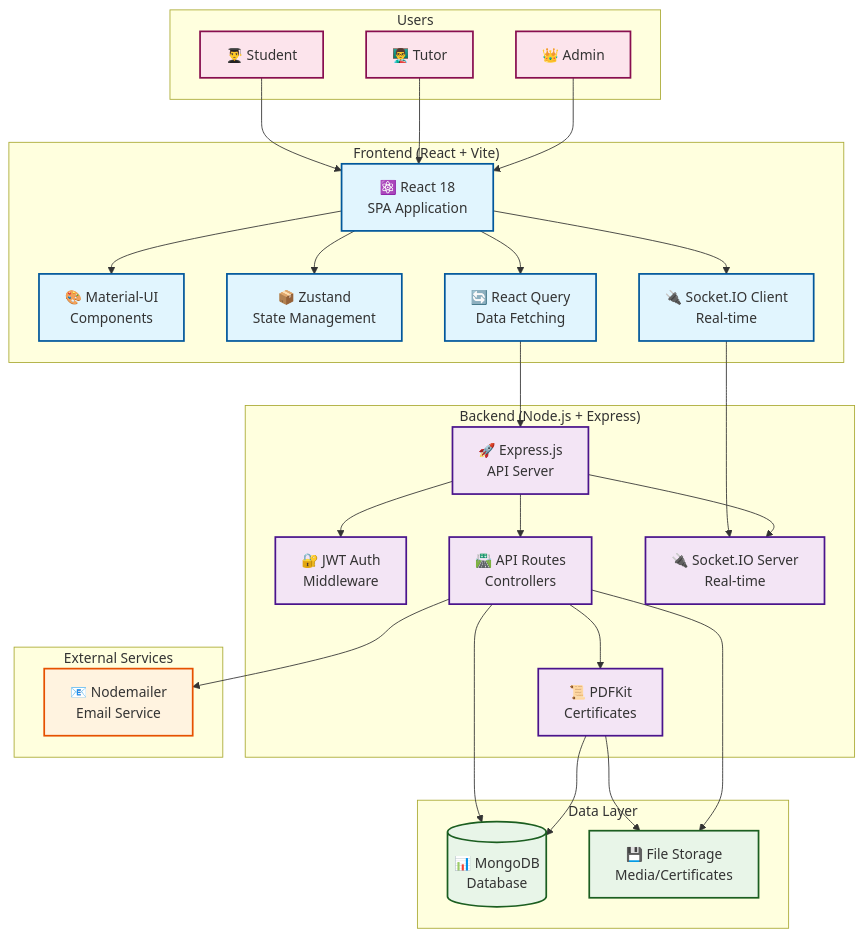
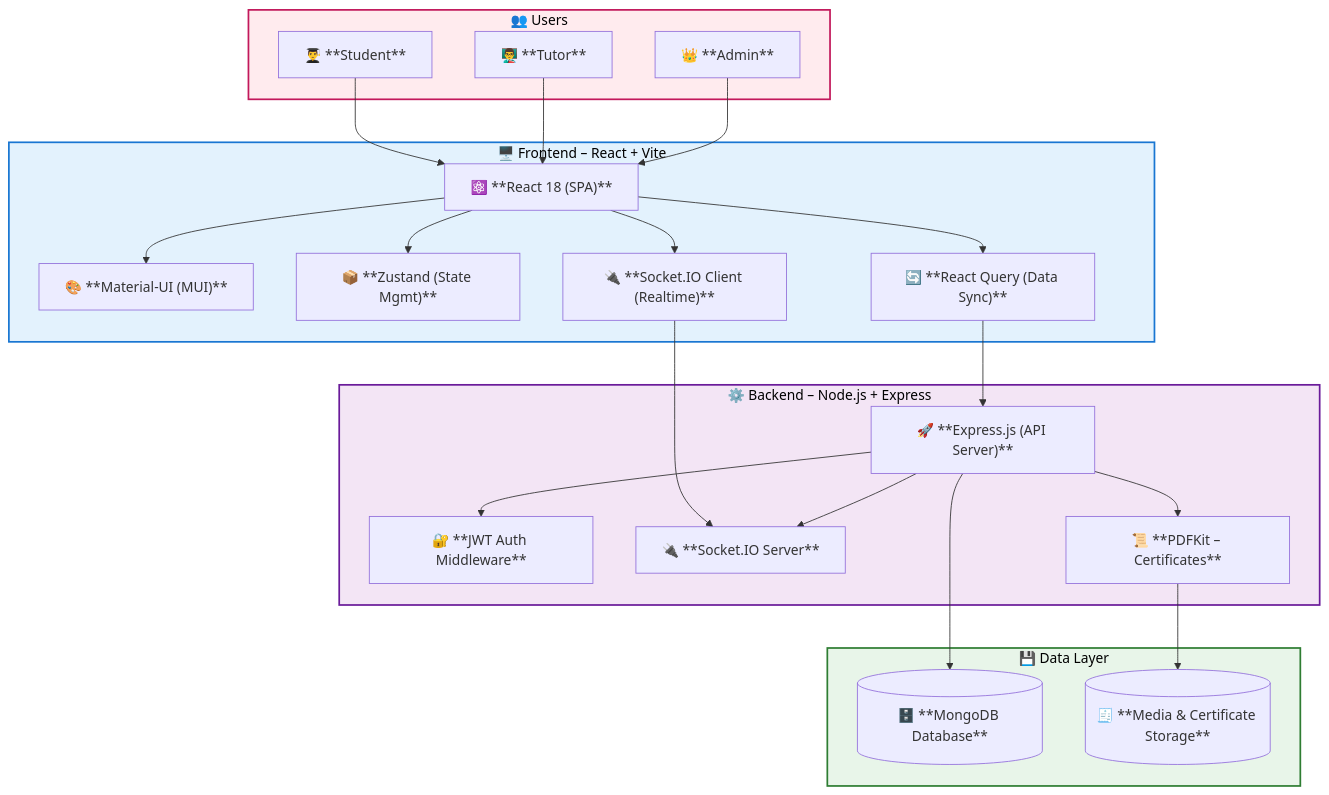
The diagram in README.md (Joelrtharakan/Cway-Academy-Online-Learning-Hub), drawn with Mermaid before and after one commit.

````diff
--- a/README.md
+++ b/README.md
@@ -59,77 +59,84 @@
 ```mermaid
 graph TB
-    %% User Layer
-    subgraph "Users"
-        Student[👨‍🎓 Student]
-        Tutor[👨‍🏫 Tutor]
-        Admin[👑 Admin]
+    %% =====================
+    %% USERS LAYER
+    %% =====================
+    subgraph U["👥 Users"]
+        Student["👨‍🎓 **Student**"]
+        Tutor["👨‍🏫 **Tutor**"]
+        Admin["👑 **Admin**"]
     end
 
-    %% Frontend Layer
-    subgraph "Frontend (React + Vite)"
-        React[⚛️ React 18<br/>SPA Application]
-        MUI[🎨 Material-UI<br/>Components]
-        Zustand[📦 Zustand<br/>State Management]
-        RQ[🔄 React Query<br/>Data Fetching]
-        SocketClient[🔌 Socket.IO Client<br/>Real-time]
+    %% =====================
+    %% FRONTEND LAYER
+    %% =====================
+    subgraph F["🖥️ Frontend – React + Vite"]
+        React["⚛️ **React 18 (SPA)**"]
+        MUI["🎨 **Material-UI (MUI)**"]
+        Zustand["📦 **Zustand (State Mgmt)**"]
+        RQ["🔄 **React Query (Data Sync)**"]
+        SocketClient["🔌 **Socket.IO Client (Realtime)**"]
     end
 
-    %% Backend Layer
-    subgraph "Backend (Node.js + Express)"
-        Express[🚀 Express.js<br/>API Server]
-        Auth[🔐 JWT Auth<br/>Middleware]
-        Routes[🛣️ API Routes<br/>Controllers]
-        SocketServer[🔌 Socket.IO Server<br/>Real-time]
-        Cert[📜 PDFKit<br/>Certificates]
+    %% =====================
+    %% BACKEND LAYER
+    %% =====================
+    subgraph B["⚙️ Backend – Node.js + Express"]
+        Express["🚀 **Express.js (API Server)**"]
+        Auth["🔐 **JWT Auth Middleware**"]
+        SocketServer["🔌 **Socket.IO Server**"]
+        Cert["📜 **PDFKit – Certificates**"]
     end
 
-    %% External Services
-    subgraph "External Services"
-        Email[📧 Nodemailer<br/>Email Service]
+    %% =====================
+    %% DATA LAYER
+    %% =====================
+    subgraph D["💾 Data Layer"]
+        MongoDB[("🗄️ **MongoDB Database**")]
+        FileStorage[("🧾 **Media & Certificate Storage**")]
     end
 
-    %% Data Layer
-    subgraph "Data Layer"
-        MongoDB[(📊 MongoDB<br/>Database)]
-        FileStorage[💾 File Storage<br/>Media/Certificates]
-    end
+    %% =====================
+    %% CONNECTIONS
+    %% =====================
 
-    %% Connections
+    %% Users → Frontend
     Student --> React
     Tutor --> React
     Admin --> React
 
+    %% Frontend Internal
+    React --> MUI
+    React --> Zustand
     React --> RQ
     React --> SocketClient
-    React --> MUI
-    React --> Zustand
 
+    %% Frontend → Backend
     RQ --> Express
     SocketClient --> SocketServer
 
+    %% Backend Internal
     Express --> Auth
-    Express --> Routes
     Express --> SocketServer
-    Routes --> Cert
+    Express --> Cert
 
-    Routes --> MongoDB
-    Cert --> MongoDB
+    %% Backend → Data Layer
+    Express --> MongoDB
+    Cert --> FileStorage
 
-    Cert --> FileStorage
-    Routes --> FileStorage
+    %% =====================
+    %% STYLES
+    %% =====================
 
-    Routes --> Email
+    %% Layer coloring
+    classDef users fill:#ffebee,stroke:#c2185b,stroke-width:2px,color:#000;
+    classDef frontend fill:#e3f2fd,stroke:#1976d2,stroke-width:2px,color:#000;
+    classDef backend fill:#f3e5f5,stroke:#6a1b9a,stroke-width:2px,color:#000;
+    classDef data fill:#e8f5e9,stroke:#2e7d32,stroke-width:2px,color:#000;
 
-    %% Styling
-    classDef frontend fill:#e1f5fe,stroke:#01579b,stroke-width:2px
-    classDef backend fill:#f3e5f5,stroke:#4a148c,stroke-width:2px
-    classDef external fill:#fff3e0,stroke:#e65100,stroke-width:2px
-    classDef data fill:#e8f5e8,stroke:#1b5e20,stroke-width:2px
-    classDef users fill:#fce4ec,stroke:#880e4f,stroke-width:2px
+    class U users;
+    class F frontend;
+    class B backend;
+    class D data;
 
-    class React,MUI,Zustand,RQ,SocketClient frontend
-    class Express,Auth,Routes,SocketServer,Cert backend
-    class Email external
-    class MongoDB,FileStorage data
-    class Student,Tutor,Admin users
 ```
````
